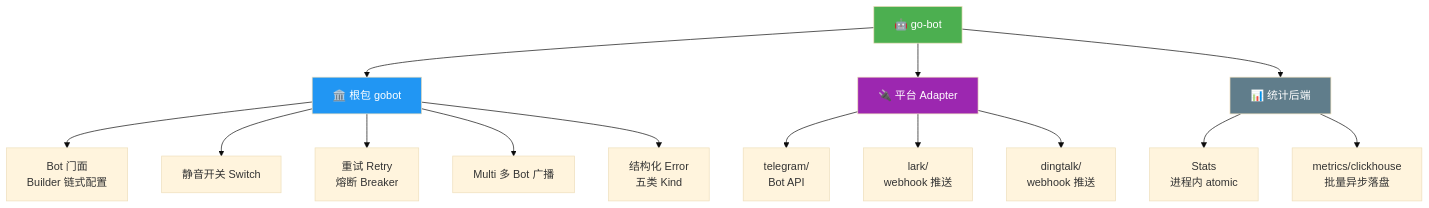
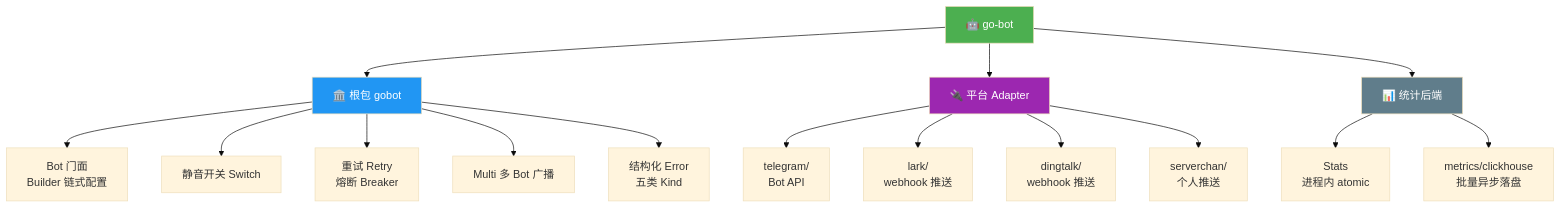
The diagram in README.md (kamalyes/go-bot), drawn with Mermaid (base theme) before and after one commit. The commit also changed other lines of this file and 8 other files, not shown here.

````diff
--- a/README.md
+++ b/README.md
@@ -41,24 +41,25 @@
 ```mermaid
 graph TB
     A["🤖 go-bot"] --> B["🏛️ 根包 gobot"]
     A --> C["🔌 平台 Adapter"]
     A --> D["📊 统计后端"]
 
     B --> B1["Bot 门面<br/>Builder 链式配置"]
     B --> B2["静音开关 Switch"]
     B --> B3["重试 Retry<br/>熔断 Breaker"]
     B --> B4["Multi 多 Bot 广播"]
     B --> B5["结构化 Error<br/>五类 Kind"]
 
     C --> C1["telegram/<br/>Bot API"]
     C --> C2["lark/<br/>webhook 推送"]
     C --> C3["dingtalk/<br/>webhook 推送"]
+    C --> C4["serverchan/<br/>个人推送"]
 
     D --> D1["Stats<br/>进程内 atomic"]
     D --> D2["metrics/clickhouse<br/>批量异步落盘"]
 
     style A fill:#4CAF50,color:#fff
     style B fill:#2196F3,color:#fff
     style C fill:#9C27B0,color:#fff
     style D fill:#607D8B,color:#fff
 ```
````
